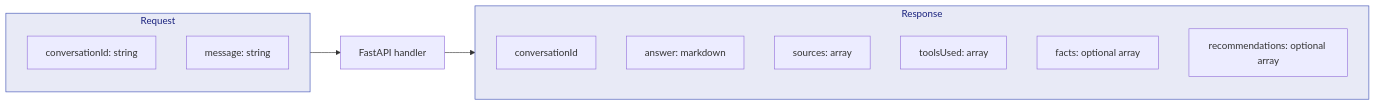
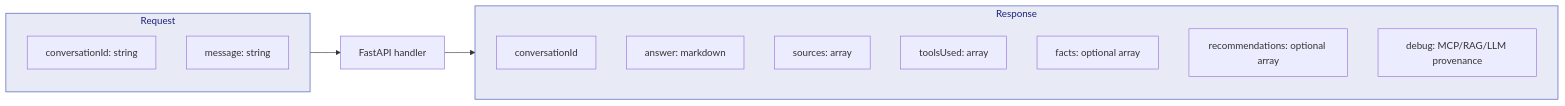
One commit to farukzahra/ms-poc changed the third of 6 diagrams in docs/learn/03-request-flow.md. Above: the diagram before and after it, drawn with Mermaid. The commit also changed other lines of this file and 30 other files, not shown here.

````diff
--- a/docs/learn/03-request-flow.md
+++ b/docs/learn/03-request-flow.md
@@ -95,22 +95,23 @@
 ```mermaid
 flowchart LR
     subgraph Request
         R1[conversationId: string]
         R2[message: string]
     end
 
     subgraph Response
         S1[conversationId]
         S2[answer: markdown]
         S3[sources: array]
         S4[toolsUsed: array]
         S5[facts: optional array]
         S6[recommendations: optional array]
+        S7[debug: MCP/RAG/LLM provenance]
     end
 
     Request --> API[FastAPI handler]
     API --> Response
 
     classDef io fill:#E8EAF6,stroke:#3F51B5,color:#1A237E
     class Request,Response io
 ```
````
